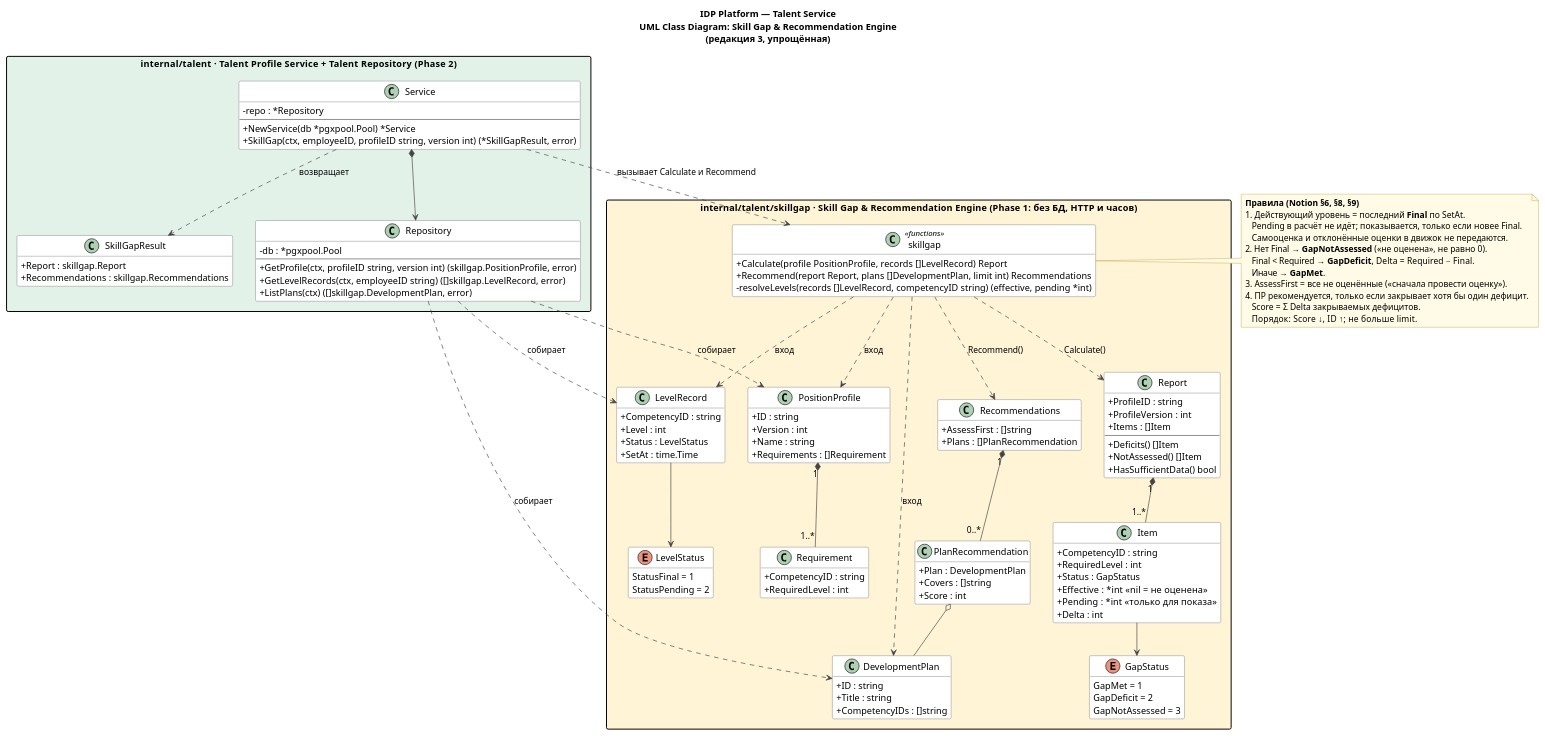
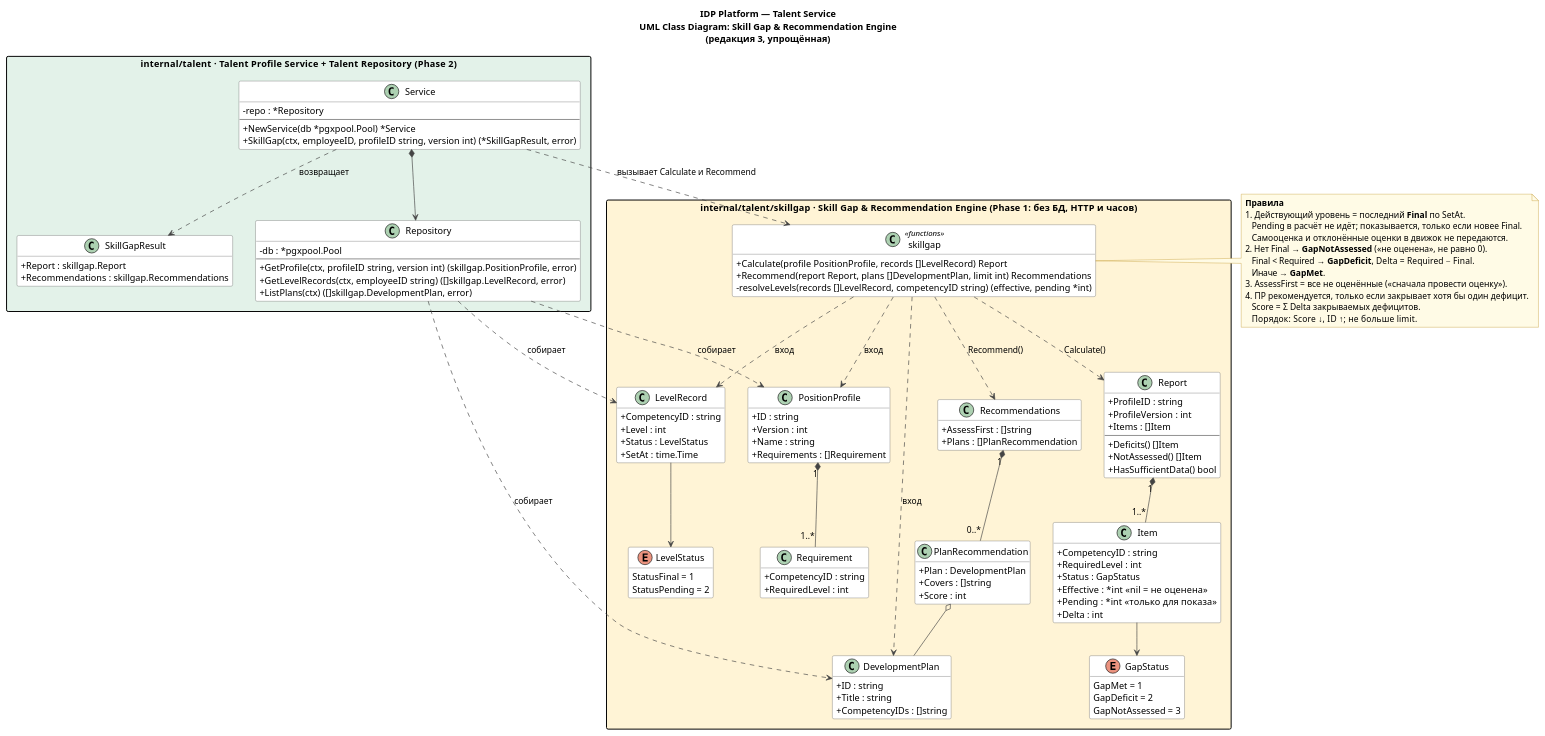
One commit to plafon05/IDPPlatformC4Model changed the diagram in UML_L4/skill_gap_engine_class_mod.puml. Above: the diagram before and after it, drawn with PlantUML.

Commit message:
отредактировал текст

```diff
--- a/UML_L4/skill_gap_engine_class_mod.puml
+++ b/UML_L4/skill_gap_engine_class_mod.puml
@@ -1,160 +1,160 @@
 @startuml IDP_Platform_Talent_SkillGapEngine_Class
 title IDP Platform — Talent Service\nUML Class Diagram: Skill Gap & Recommendation Engine\n(редакция 3, упрощённая)
 
 skinparam classAttributeIconSize 0
 skinparam shadowing false
 skinparam nodesep 35
 skinparam ranksep 50
 skinparam packageStyle rectangle
 skinparam class {
   BackgroundColor #FFFFFF
   BorderColor #555555
   ArrowColor #444444
 }
 skinparam note {
   BackgroundColor #FFFBE6
   BorderColor #B8860B
 }
 hide empty members
 top to bottom direction
 
 ' ==================================================================
 '  Phase 2: сервис и репозиторий (Application + Infrastructure)
 ' ==================================================================
 package "internal/talent   ·   Talent Profile Service + Talent Repository  (Phase 2)" as pkgTalent #E3F2E9 {
 
   class Service {
     -repo : *Repository
     --
     +NewService(db *pgxpool.Pool) *Service
     +SkillGap(ctx, employeeID, profileID string, version int) (*SkillGapResult, error)
   }
 
   class SkillGapResult {
     +Report : skillgap.Report
     +Recommendations : skillgap.Recommendations
   }
 
   class Repository {
     -db : *pgxpool.Pool
     --
     +GetProfile(ctx, profileID string, version int) (skillgap.PositionProfile, error)
     +GetLevelRecords(ctx, employeeID string) ([]skillgap.LevelRecord, error)
     +ListPlans(ctx) ([]skillgap.DevelopmentPlan, error)
   }
 
   Service *--> Repository
   Service ..> SkillGapResult : возвращает
 }
 
 ' ==================================================================
 '  Phase 1: движок (Domain Layer) — чистые функции
 ' ==================================================================
 package "internal/talent/skillgap   ·   Skill Gap & Recommendation Engine  (Phase 1: без БД, HTTP и часов)" as pkgGap #FFF4D6 {
 
   class "skillgap" as Engine <<functions>> {
     +Calculate(profile PositionProfile, records []LevelRecord) Report
     +Recommend(report Report, plans []DevelopmentPlan, limit int) Recommendations
     -resolveLevels(records []LevelRecord, competencyID string) (effective, pending *int)
   }
 
   class PositionProfile {
     +ID : string
     +Version : int
     +Name : string
     +Requirements : []Requirement
   }
 
   class Requirement {
     +CompetencyID : string
     +RequiredLevel : int
   }
 
   enum LevelStatus {
     StatusFinal = 1
     StatusPending = 2
   }
 
   class LevelRecord {
     +CompetencyID : string
     +Level : int
     +Status : LevelStatus
     +SetAt : time.Time
   }
 
   class DevelopmentPlan {
     +ID : string
     +Title : string
     +CompetencyIDs : []string
   }
 
   enum GapStatus {
     GapMet = 1
     GapDeficit = 2
     GapNotAssessed = 3
   }
 
   class Item {
     +CompetencyID : string
     +RequiredLevel : int
     +Status : GapStatus
     +Effective : *int  «nil = не оценена»
     +Pending : *int  «только для показа»
     +Delta : int
   }
 
   class Report {
     +ProfileID : string
     +ProfileVersion : int
     +Items : []Item
     --
     +Deficits() []Item
     +NotAssessed() []Item
     +HasSufficientData() bool
   }
 
   class Recommendations {
     +AssessFirst : []string
     +Plans : []PlanRecommendation
   }
 
   class PlanRecommendation {
     +Plan : DevelopmentPlan
     +Covers : []string
     +Score : int
   }
 
   PositionProfile "1" *-- "1..*" Requirement
   LevelRecord --> LevelStatus
   Report "1" *-- "1..*" Item
   Item --> GapStatus
   Recommendations "1" *-- "0..*" PlanRecommendation
   PlanRecommendation o-- DevelopmentPlan
 
   Engine ..> PositionProfile : вход
   Engine ..> LevelRecord : вход
   Engine ..> DevelopmentPlan : вход
   Engine ..> Report : Calculate()
   Engine ..> Recommendations : Recommend()
 }
 
 Service ..> Engine : вызывает Calculate и Recommend
 Repository ..> PositionProfile : собирает
 Repository ..> LevelRecord : собирает
 Repository ..> DevelopmentPlan : собирает
 
 note right of Engine
-  <b>Правила (Notion §6, §8, §9)</b>
+  <b>Правила</b>
   1. Действующий уровень = последний <b>Final</b> по SetAt.
      Pending в расчёт не идёт; показывается, только если новее Final.
      Самооценка и отклонённые оценки в движок не передаются.
   2. Нет Final → <b>GapNotAssessed</b> («не оценена», не равно 0).
      Final < Required → <b>GapDeficit</b>, Delta = Required − Final.
      Иначе → <b>GapMet</b>.
   3. AssessFirst = все не оценённые («сначала провести оценку»).
   4. ПР рекомендуется, только если закрывает хотя бы один дефицит.
      Score = Σ Delta закрываемых дефицитов.
      Порядок: Score ↓, ID ↑; не больше limit.
 end note
 
 @enduml
```
